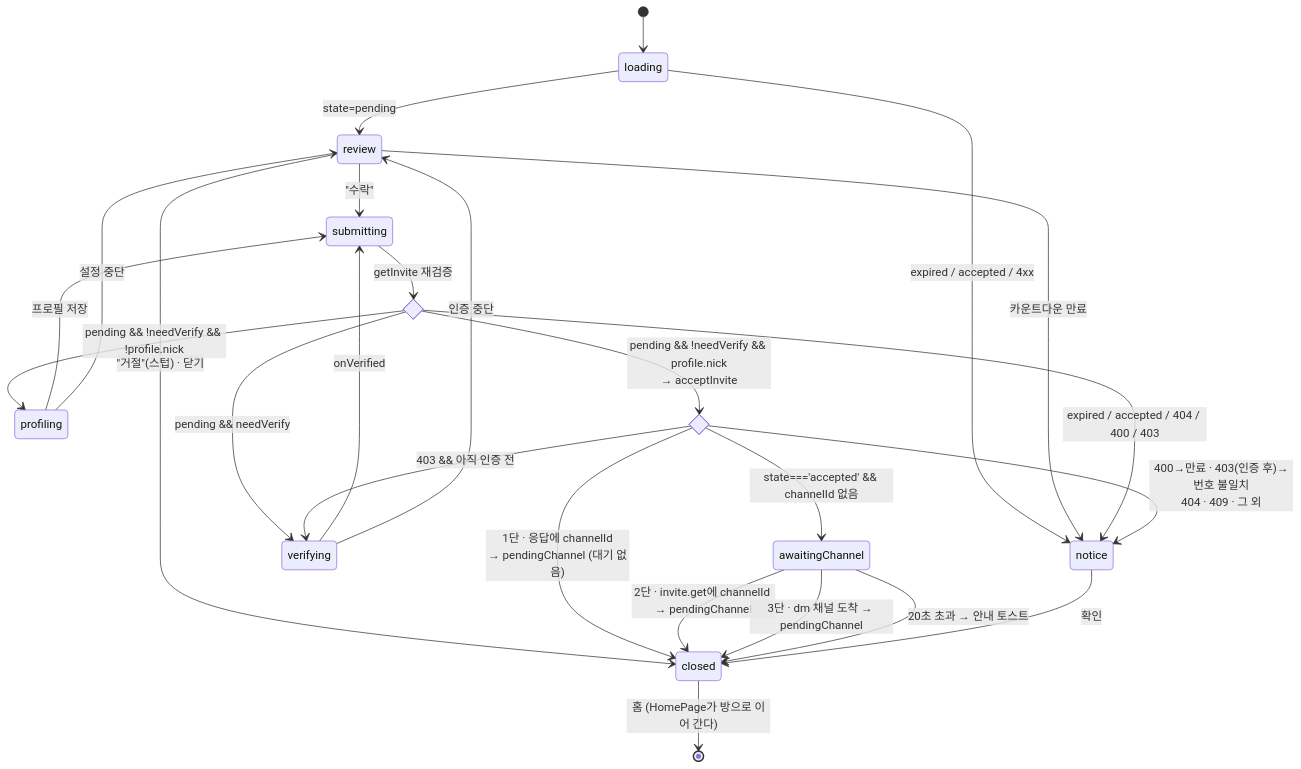
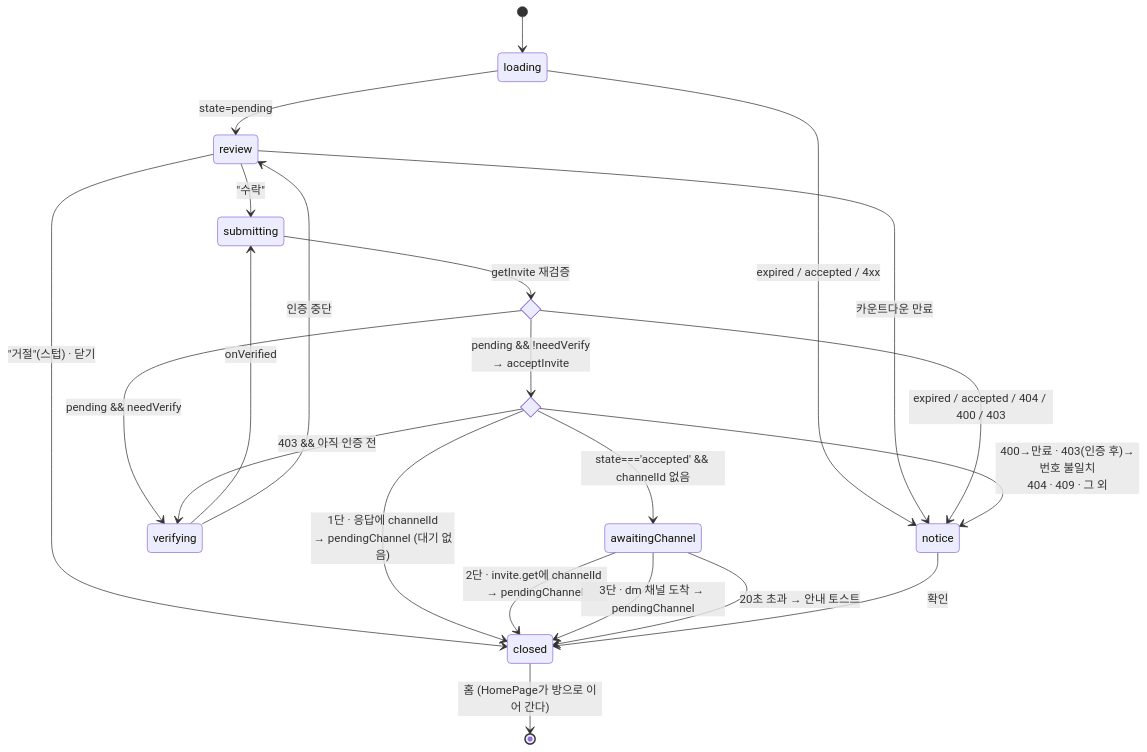
The second of 5 diagrams in apps/web/docs/feature/invite/relay-invite-accept.md (lemoncloud-io/dou-app), drawn with Mermaid before and after one commit. The commit also changed other lines of this file and 3 other files, not shown here.

````diff
--- a/apps/web/docs/feature/invite/relay-invite-accept.md
+++ b/apps/web/docs/feature/invite/relay-invite-accept.md
@@ -177,37 +179,34 @@
 ```mermaid
 stateDiagram-v2
     direction TB
     [*] --> loading
 
     loading --> review: state=pending
     loading --> notice: expired / accepted / 4xx
 
     review --> submitting: "수락"
     review --> notice: 카운트다운 만료
     review --> closed: "거절"(스텁) · 닫기
 
     state validated <<choice>>
     submitting --> validated: getInvite 재검증
     validated --> notice: expired / accepted / 404 / 400 / 403
     validated --> verifying: pending && needVerify
-    validated --> profiling: pending && !needVerify && !profile.nick
 
     state accepted <<choice>>
-    validated --> accepted: pending && !needVerify && profile.nick<br/>→ acceptInvite
+    validated --> accepted: pending && !needVerify<br/>→ acceptInvite
     accepted --> closed: 1단 · 응답에 channelId<br/>→ pendingChannel (대기 없음)
     accepted --> awaitingChannel: state==='accepted' && channelId 없음
     accepted --> verifying: 403 && 아직 인증 전
     accepted --> notice: 400→만료 · 403(인증 후)→번호 불일치<br/>404 · 409 · 그 외
 
     verifying --> submitting: onVerified
     verifying --> review: 인증 중단
-    profiling --> submitting: 프로필 저장
-    profiling --> review: 설정 중단
 
     awaitingChannel --> closed: 2단 · invite.get에 channelId → pendingChannel
     awaitingChannel --> closed: 3단 · dm 채널 도착 → pendingChannel
     awaitingChannel --> closed: 20초 초과 → 안내 토스트
 
     notice --> closed: 확인
     closed --> [*]: 홈 (HomePage가 방으로 이어 간다)
 ```
````
